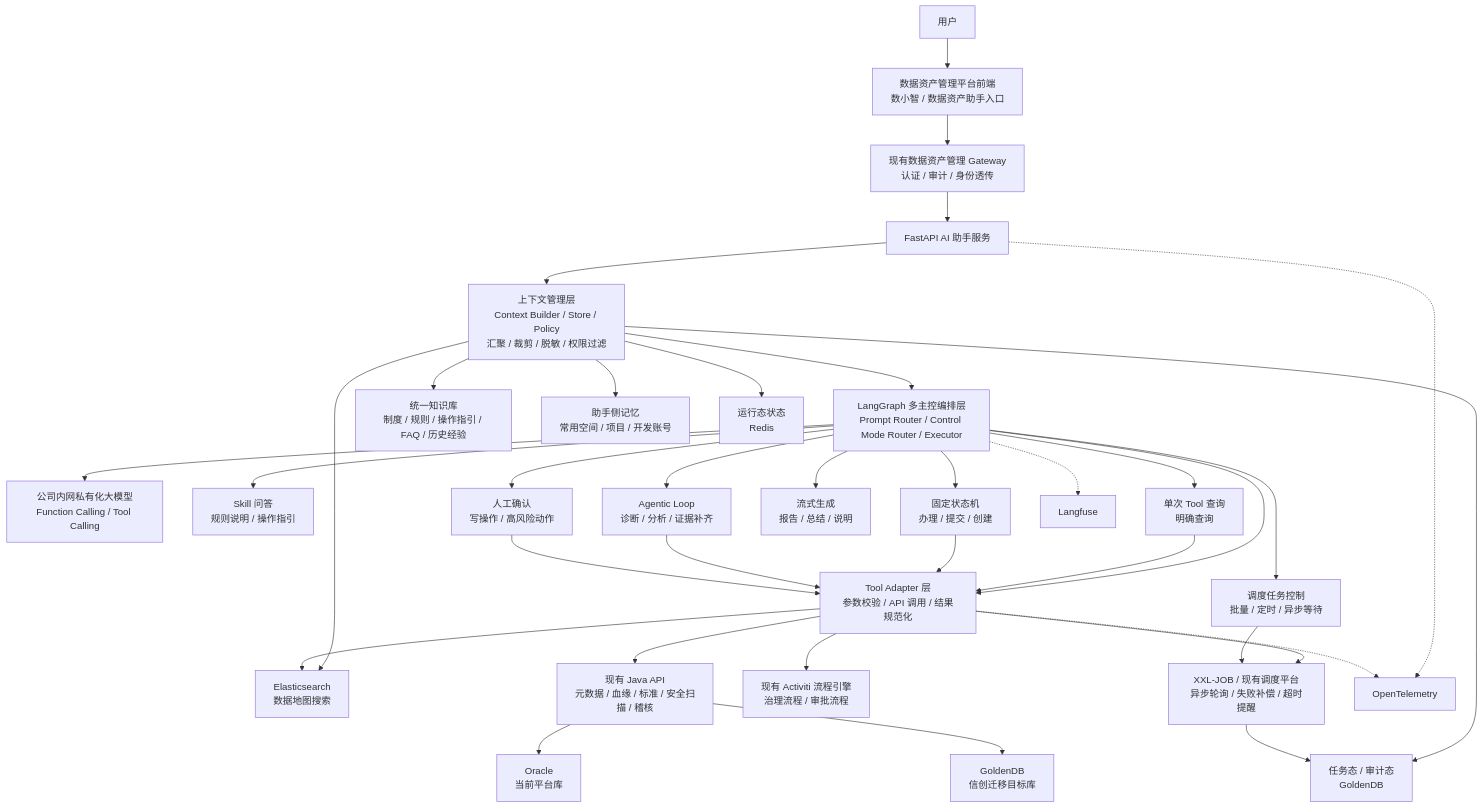
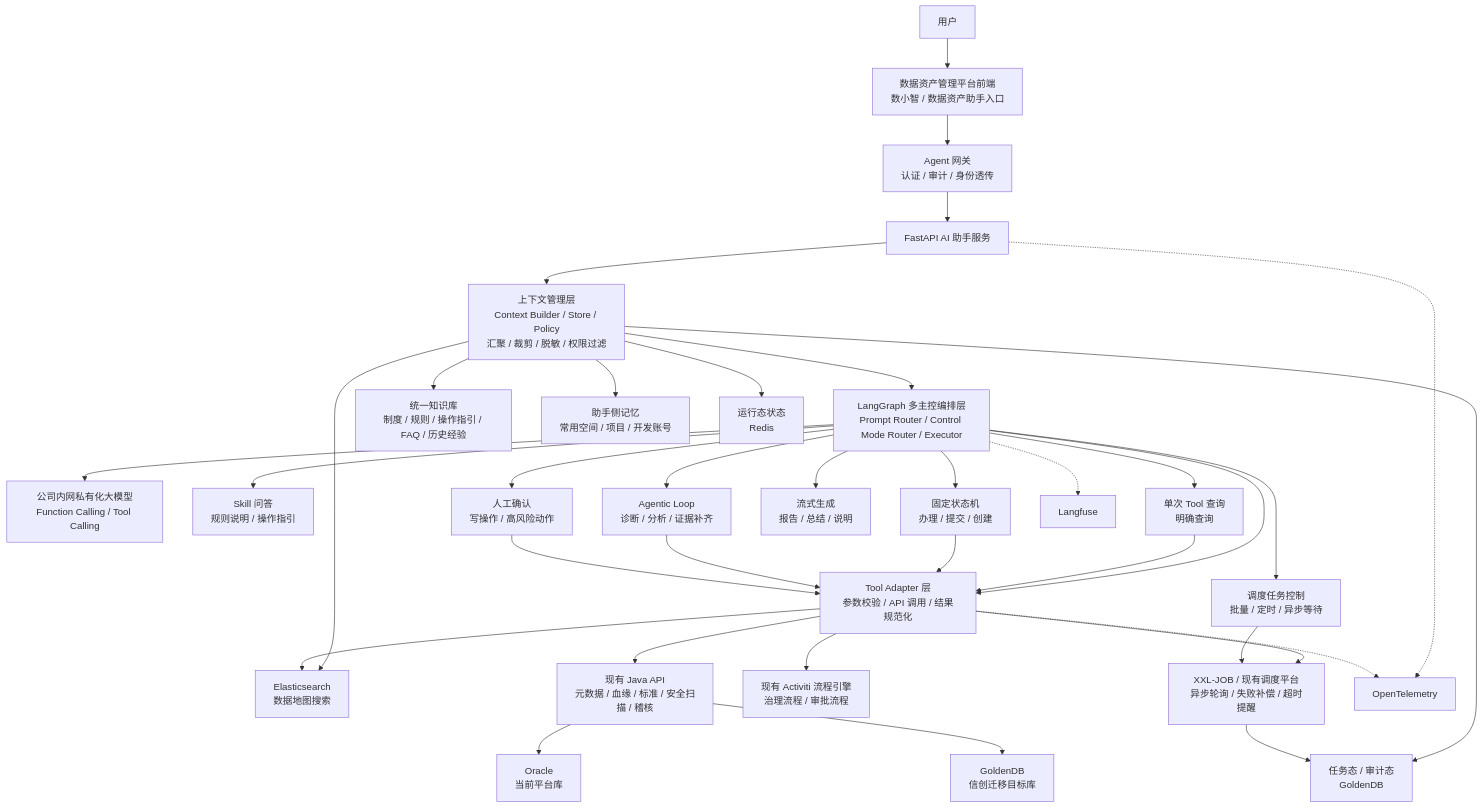
One commit to ShaneLiu001/dataasset changed the first of 2 diagrams in 数据资产助手/05-数据资产助手技术选型方案.md. Above: the diagram before and after it, drawn with Mermaid. The commit also changed other lines of this file and 17 other files, not shown here.

````diff
--- a/数据资产助手/05-数据资产助手技术选型方案.md
+++ b/数据资产助手/05-数据资产助手技术选型方案.md
@@ -43,43 +43,43 @@
 ```mermaid
 flowchart TB
   User[用户] --> Web[数据资产管理平台前端<br/>数小智 / 数据资产助手入口]
-  Web --> Gateway[现有数据资产管理 Gateway<br/>认证 / 审计 / 身份透传]
+  Web --> Gateway[Agent 网关<br/>认证 / 审计 / 身份透传]
 
   Gateway --> Assistant[FastAPI AI 助手服务]
   Assistant --> Context[上下文管理层<br/>Context Builder / Store / Policy<br/>汇聚 / 裁剪 / 脱敏 / 权限过滤]
   Context --> Graph[LangGraph 多主控编排层<br/>Prompt Router / Control Mode Router / Executor]
   Graph --> LLM[公司内网私有化大模型<br/>Function Calling / Tool Calling]
 
   Graph --> SkillCtl[Skill 问答<br/>规则说明 / 操作指引]
   Graph --> ToolCtl[单次 Tool 查询<br/>明确查询]
   Graph --> StateCtl[固定状态机<br/>办理 / 提交 / 创建]
   Graph --> LoopCtl[Agentic Loop<br/>诊断 / 分析 / 证据补齐]
   Graph --> StreamCtl[流式生成<br/>报告 / 总结 / 说明]
   Graph --> ConfirmCtl[人工确认<br/>写操作 / 高风险动作]
 
   Context --> Knowledge[统一知识库<br/>制度 / 规则 / 操作指引 / FAQ / 历史经验]
   Context --> Memory[助手侧记忆<br/>常用空间 / 项目 / 开发账号]
   Context --> RuntimeState[运行态状态<br/>Redis]
   Context --> TaskState[任务态 / 审计态<br/>GoldenDB]
   Context --> ES[Elasticsearch<br/>数据地图搜索]
 
   Graph --> ToolLayer[Tool Adapter 层<br/>参数校验 / API 调用 / 结果规范化]
   ToolCtl --> ToolLayer
   StateCtl --> ToolLayer
   LoopCtl --> ToolLayer
   ConfirmCtl --> ToolLayer
   ToolLayer --> JavaAPI[现有 Java API<br/>元数据 / 血缘 / 标准 / 安全扫描 / 稽核]
   ToolLayer --> ES
   ToolLayer --> Activiti[现有 Activiti 流程引擎<br/>治理流程 / 审批流程]
   ToolLayer --> Scheduler[XXL-JOB / 现有调度平台<br/>异步轮询 / 失败补偿 / 超时提醒]
   Graph --> SchedulerCtl[调度任务控制<br/>批量 / 定时 / 异步等待]
   SchedulerCtl --> Scheduler
 
   JavaAPI --> Oracle[Oracle<br/>当前平台库]
   JavaAPI --> GoldenDB[GoldenDB<br/>信创迁移目标库]
   Scheduler --> TaskState
 
   Assistant -.-> OTel[OpenTelemetry]
   Graph -.-> Langfuse[Langfuse]
   ToolLayer -.-> OTel
 ```
````
